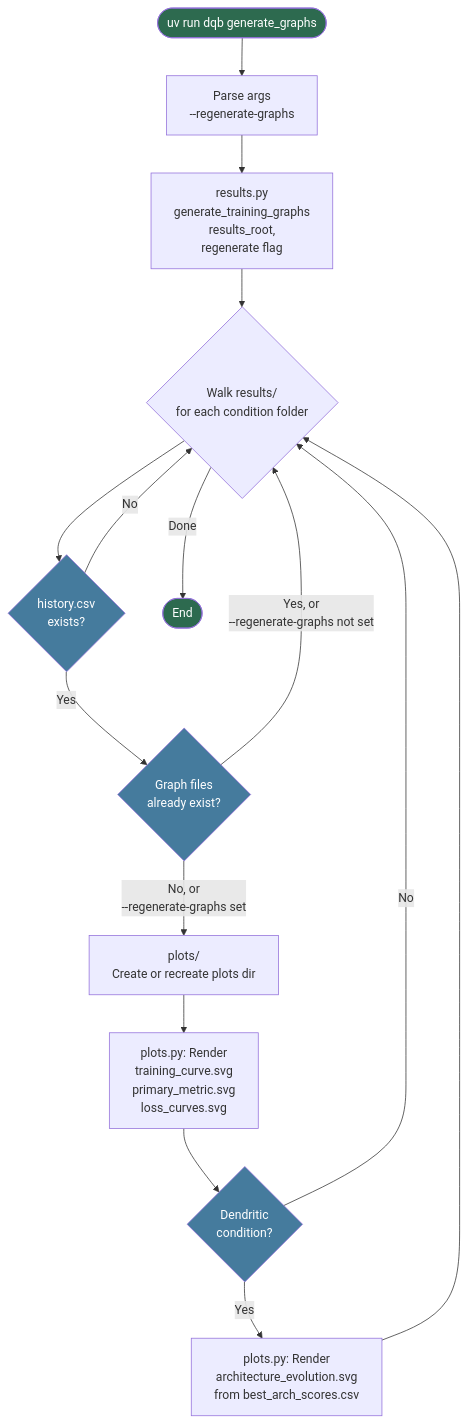
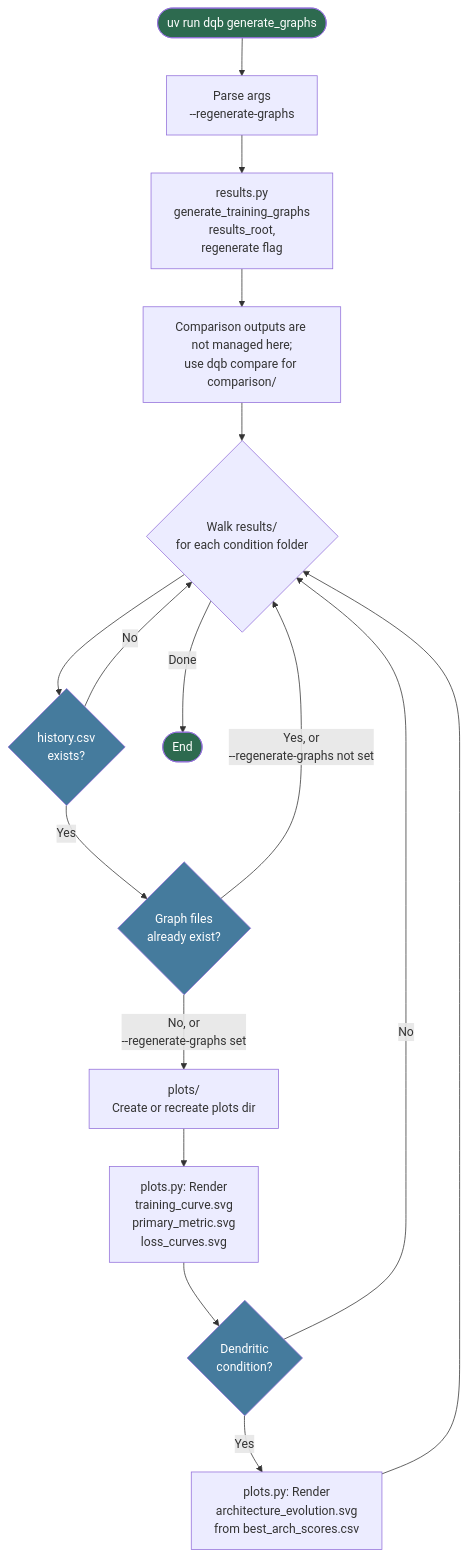
One commit to VG-Fish/PerforatedAI-Quantization-Experiment changed the fifth of 6 diagrams in information/CLI_DIAGRAMS.md. Above: the diagram before and after it, drawn with Mermaid. The commit also changed other lines of this file and 9 other files, not shown here.

````diff
--- a/information/CLI_DIAGRAMS.md
+++ b/information/CLI_DIAGRAMS.md
@@ -200,23 +201,24 @@
 ```mermaid
 flowchart TD
     A([uv run dqb generate_graphs]) --> B["Parse args<br>--regenerate-graphs"]
     B --> C["results.py<br>generate_training_graphs<br>results_root,<br>regenerate flag"]
-    C --> D{"Walk results/<br>for each condition folder"}
+    C --> C2["Comparison outputs are not managed here;<br>use dqb compare for comparison/"]
+    C2 --> D{"Walk results/<br>for each condition folder"}
     D --> E{"history.csv<br>exists?"}
     E -->|No| D
     E -->|Yes| F{"Graph files<br>already exist?"}
     F -->|Yes, or<br>--regenerate-graphs not set| D
     F -->|No, or<br>--regenerate-graphs set| G["plots/<br>Create or recreate plots dir"]
     G --> H["plots.py: Render<br>training_curve.svg<br>primary_metric.svg<br>loss_curves.svg"]
     H --> I{"Dendritic<br>condition?"}
     I -->|Yes| J["plots.py: Render<br>architecture_evolution.svg<br>from best_arch_scores.csv"]
     I -->|No| D
     J --> D
     D -->|Done| ZZ([End])
 
     style A fill:#2d6a4f,color:#fff
     style ZZ fill:#2d6a4f,color:#fff
     style E fill:#457b9d,color:#fff
     style F fill:#457b9d,color:#fff
     style I fill:#457b9d,color:#fff
 ```
````
